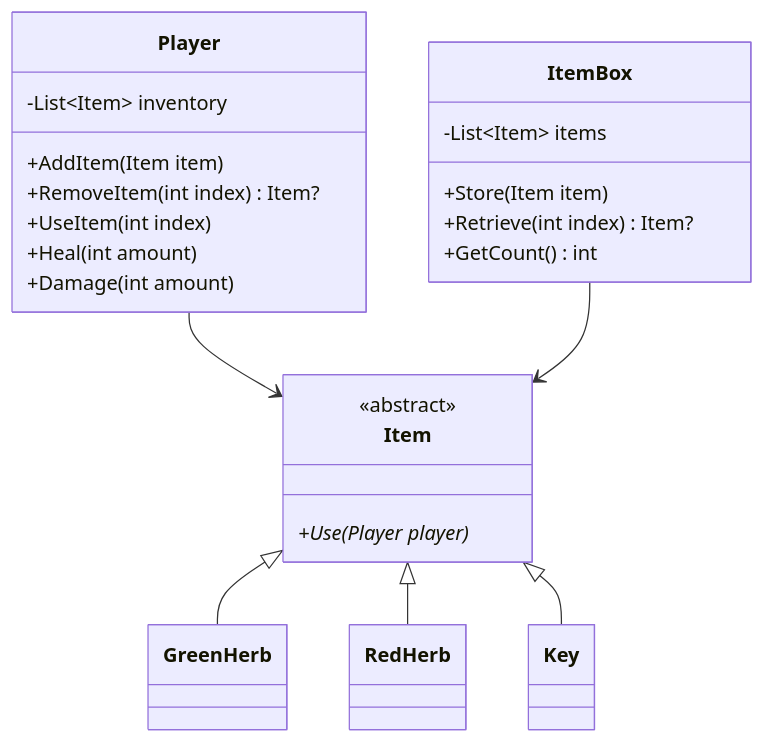
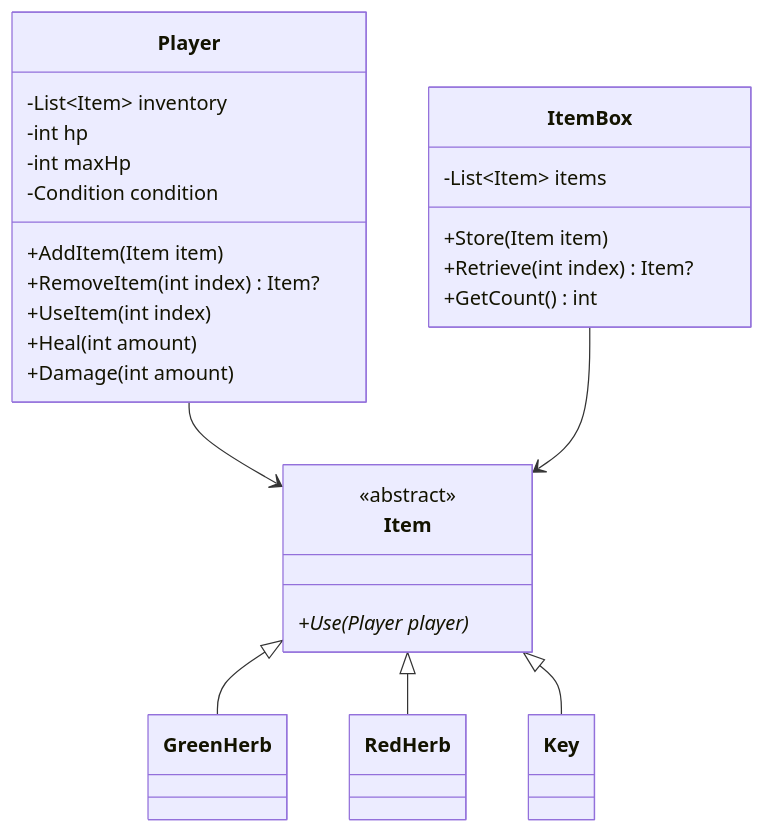
Before and after one commit to fuddt/Cplus: the tenth of 12 diagrams in CsharpVer/chapter-07-smartptr.md, drawn with Mermaid. The commit also changed other lines of this file, not shown here.

````diff
--- a/CsharpVer/chapter-07-smartptr.md
+++ b/CsharpVer/chapter-07-smartptr.md
@@ -275,33 +451,36 @@
 ```mermaid
 classDiagram
     class Player {
         -List~Item~ inventory
+        -int hp
+        -int maxHp
+        -Condition condition
         +AddItem(Item item)
         +RemoveItem(int index) Item?
         +UseItem(int index)
         +Heal(int amount)
         +Damage(int amount)
     }
 
     class ItemBox {
         -List~Item~ items
         +Store(Item item)
         +Retrieve(int index) Item?
         +GetCount() int
     }
 
     class Item {
         <<abstract>>
         +Use(Player player)*
     }
 
     class GreenHerb
     class RedHerb
     class Key
 
     Player --> Item
     ItemBox --> Item
     Item <|-- GreenHerb
     Item <|-- RedHerb
     Item <|-- Key
 ```
````
